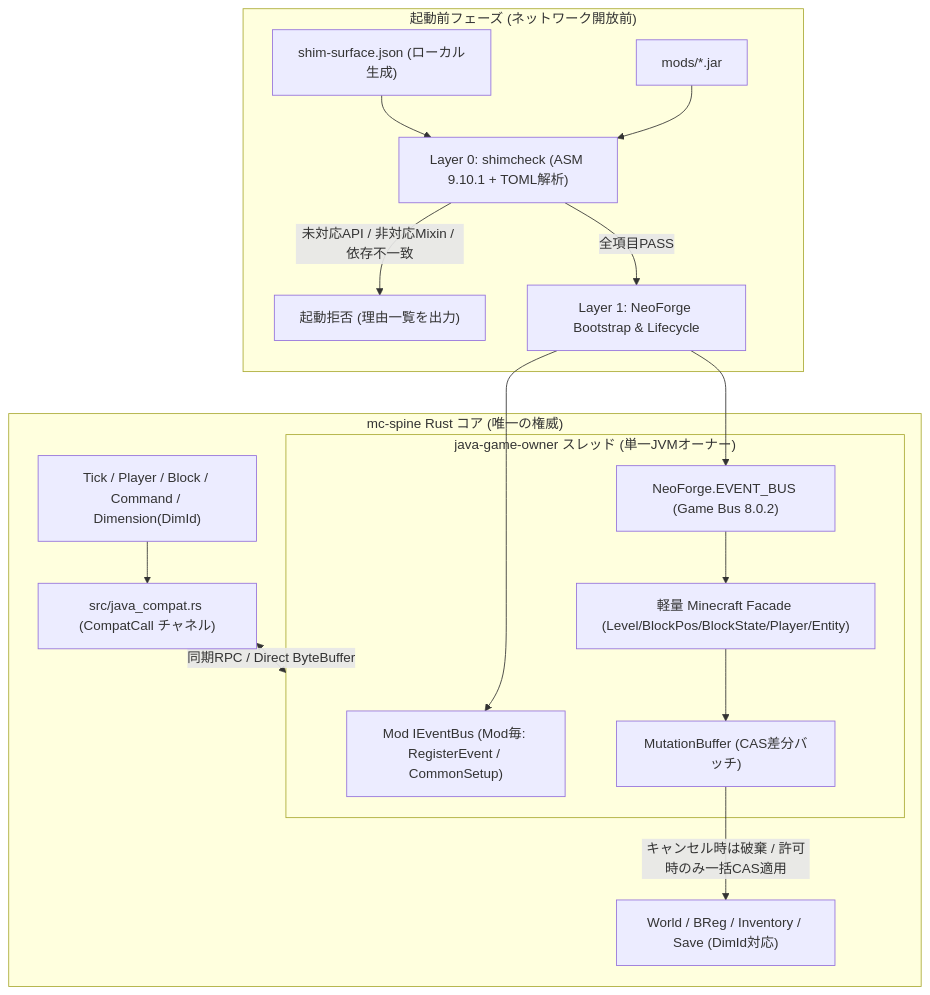
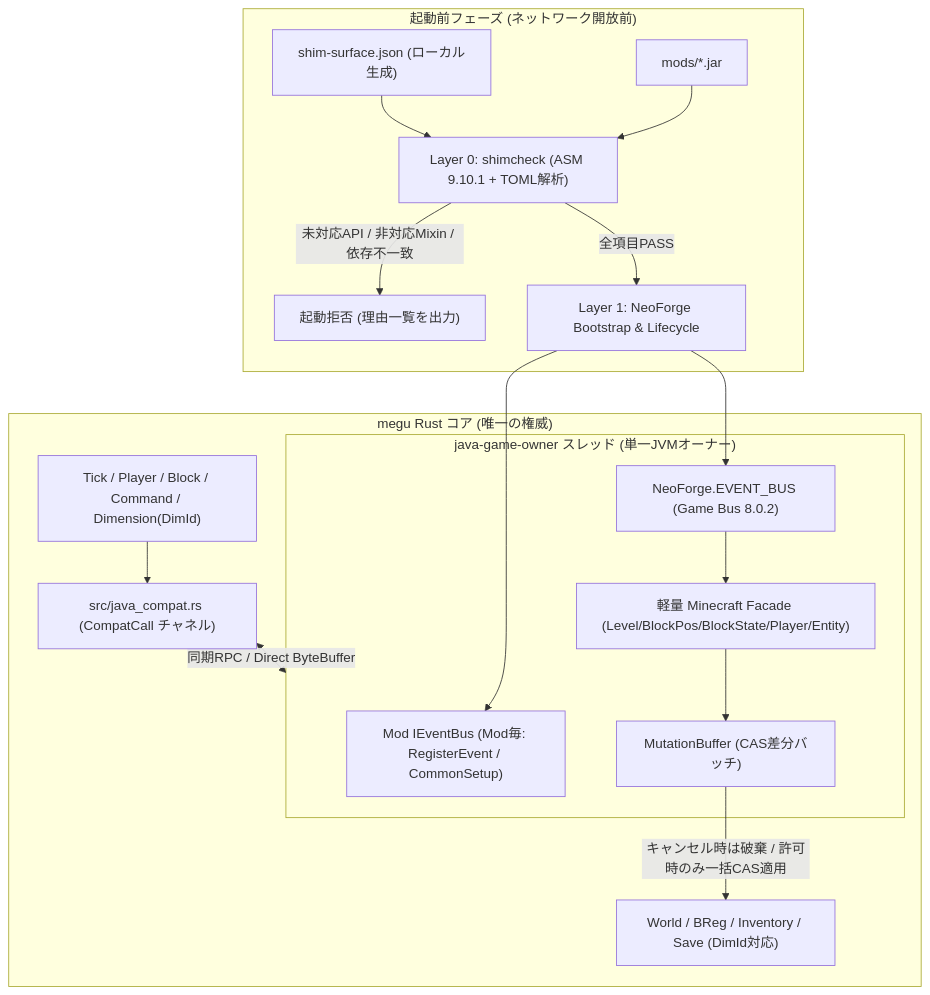
One commit to nekomario28/megu-mc changed the first of 2 diagrams in specs/mod-compatibility/neoforge-architecture.md. Above: the diagram before and after it, drawn with Mermaid. The commit also changed other lines of this file and 798 other files, not shown here.

Commit message:
brand: rename mc-spine to Megu (megu / megu-mc) across all crates, binaries, env vars, Java packages, launcher, website, and CI

````diff
--- a/specs/mod-compatibility/neoforge-architecture.md
+++ b/specs/mod-compatibility/neoforge-architecture.md
@@ -32,22 +32,22 @@
 ```mermaid
 flowchart TD
     subgraph Startup["起動前フェーズ (ネットワーク開放前)"]
         JAR["mods/*.jar"] --> SC["Layer 0: shimcheck (ASM 9.10.1 + TOML解析)"]
         SURF["shim-surface.json (ローカル生成)"] --> SC
         SC -->|"未対応API / 非対応Mixin / 依存不一致"| FAIL["起動拒否 (理由一覧を出力)"]
         SC -->|"全項目PASS"| BOOT["Layer 1: NeoForge Bootstrap & Lifecycle"]
     end
 
     subgraph JVM["java-game-owner スレッド (単一JVMオーナー)"]
         BOOT --> MODBUS["Mod IEventBus (Mod毎: RegisterEvent / CommonSetup)"]
         BOOT --> GAMEBUS["NeoForge.EVENT_BUS (Game Bus 8.0.2)"]
         GAMEBUS --> FACADE["軽量 Minecraft Facade (Level/BlockPos/BlockState/Player/Entity)"]
         FACADE --> MBUF["MutationBuffer (CAS差分バッチ)"]
     end
 
-    subgraph Rust["mc-spine Rust コア (唯一の権威)"]
+    subgraph Rust["megu Rust コア (唯一の権威)"]
         DISPATCH["src/java_compat.rs (CompatCall チャネル)"] <-->|"同期RPC / Direct ByteBuffer"| JVM
         TICK["Tick / Player / Block / Command / Dimension(DimId)"] --> DISPATCH
         MBUF -->|"キャンセル時は破棄 / 許可時のみ一括CAS適用"| WORLD["World / BReg / Inventory / Save (DimId対応)"]
     end
 ```
````
